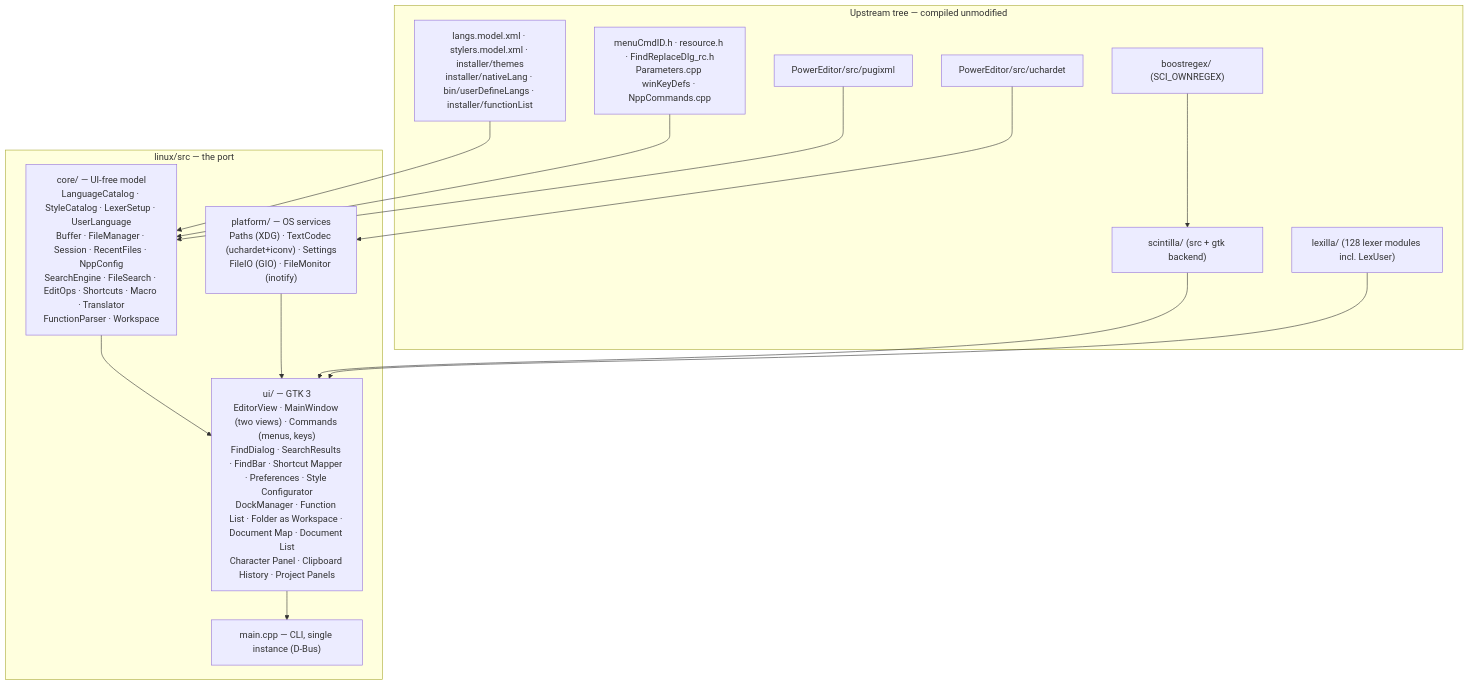
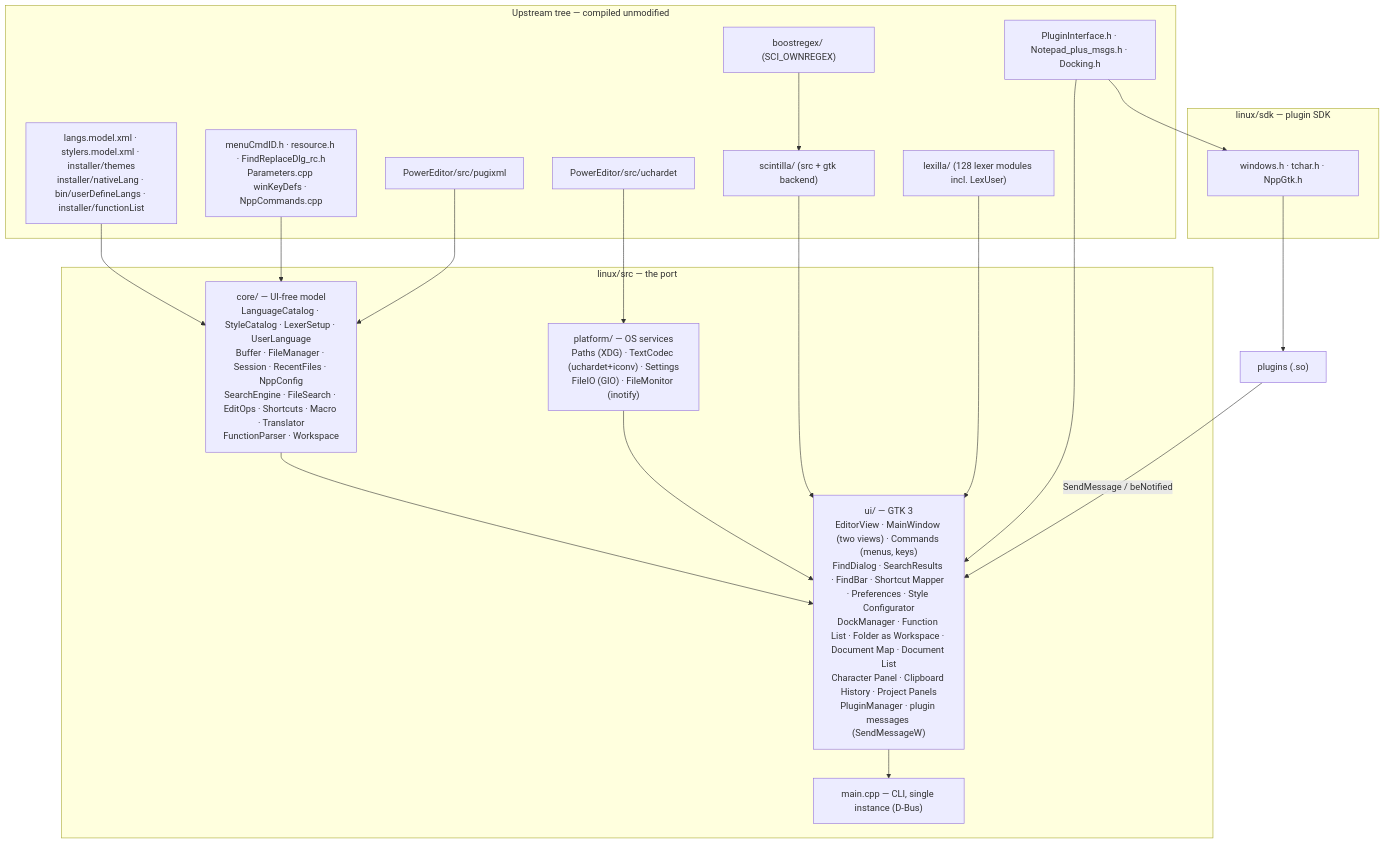
The diagram in linux/docs/PORTING.md (shchers/notepad-plus-plus), drawn with Mermaid before and after one commit. The commit also changed other lines of this file and 53 other files, not shown here.

````diff
--- a/linux/docs/PORTING.md
+++ b/linux/docs/PORTING.md
@@ -141,28 +144,37 @@
 ```mermaid
 flowchart TB
     subgraph upstream["Upstream tree — compiled unmodified"]
         SCI["scintilla/ (src + gtk backend)"]
         LEX["lexilla/ (128 lexer modules incl. LexUser)"]
         BRX["boostregex/ (SCI_OWNREGEX)"]
         PUG["PowerEditor/src/pugixml"]
         UCD["PowerEditor/src/uchardet"]
         DATA["langs.model.xml · stylers.model.xml · installer/themes<br/>installer/nativeLang · bin/userDefineLangs · installer/functionList"]
         IDS["menuCmdID.h · resource.h · FindReplaceDlg_rc.h<br/>Parameters.cpp winKeyDefs · NppCommands.cpp"]
+        PIH["PluginInterface.h · Notepad_plus_msgs.h · Docking.h"]
     end
+    subgraph sdk["linux/sdk — plugin SDK"]
+        SHIM["windows.h · tchar.h · NppGtk.h"]
+    end
+    PLUG["plugins (.so)"]
     subgraph port["linux/src — the port"]
         CORE["core/ — UI-free model<br/>LanguageCatalog · StyleCatalog · LexerSetup · UserLanguage<br/>Buffer · FileManager · Session · RecentFiles · NppConfig<br/>SearchEngine · FileSearch · EditOps · Shortcuts · Macro · Translator<br/>FunctionParser · Workspace"]
         PLAT["platform/ — OS services<br/>Paths (XDG) · TextCodec (uchardet+iconv) · Settings<br/>FileIO (GIO) · FileMonitor (inotify)"]
-        UI["ui/ — GTK 3<br/>EditorView · MainWindow (two views) · Commands (menus, keys)<br/>FindDialog · SearchResults · FindBar · Shortcut Mapper · Preferences · Style Configurator<br/>DockManager · Function List · Folder as Workspace · Document Map · Document List<br/>Character Panel · Clipboard History · Project Panels"]
+        UI["ui/ — GTK 3<br/>EditorView · MainWindow (two views) · Commands (menus, keys)<br/>FindDialog · SearchResults · FindBar · Shortcut Mapper · Preferences · Style Configurator<br/>DockManager · Function List · Folder as Workspace · Document Map · Document List<br/>Character Panel · Clipboard History · Project Panels<br/>PluginManager · plugin messages (SendMessageW)"]
         MAIN["main.cpp — CLI, single instance (D-Bus)"]
     end
     DATA --> CORE
     IDS --> CORE
     PUG --> CORE
     UCD --> PLAT
     CORE --> UI
     PLAT --> UI
     SCI --> UI
     LEX --> UI
     BRX --> SCI
     UI --> MAIN
+    PIH --> SHIM
+    SHIM --> PLUG
+    PIH --> UI
+    PLUG -- "SendMessage / beNotified" --> UI
 ```
````
